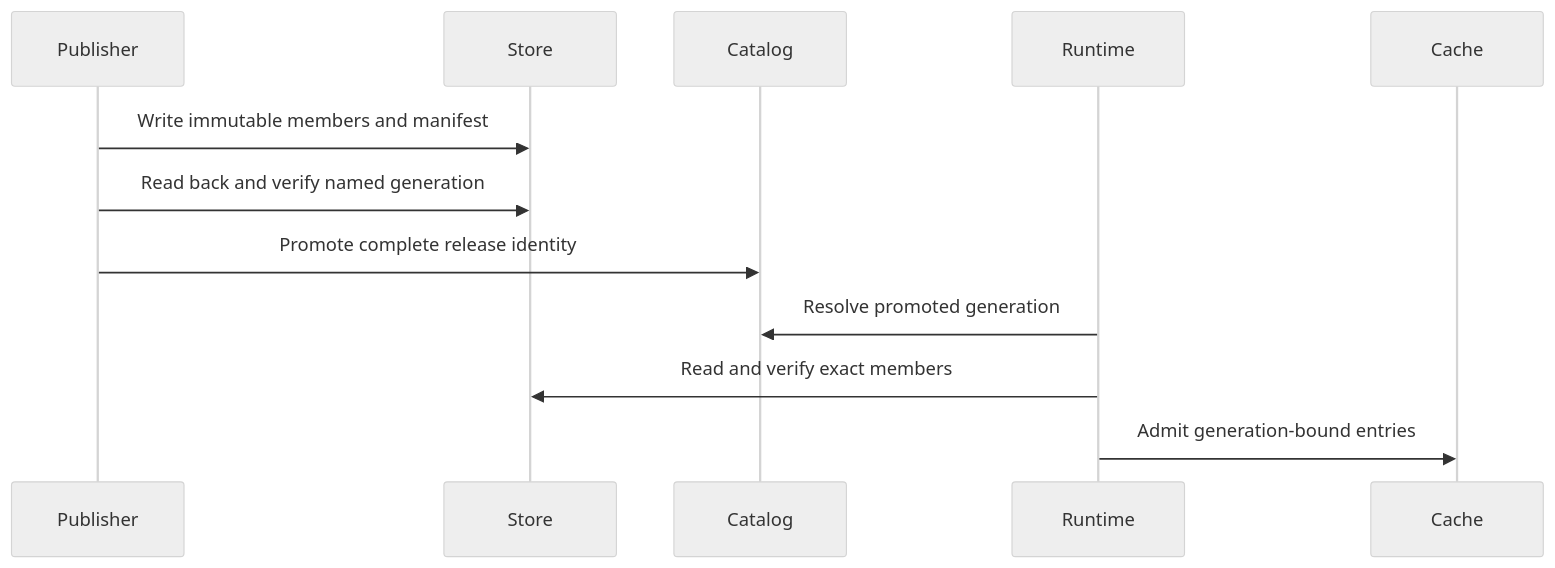
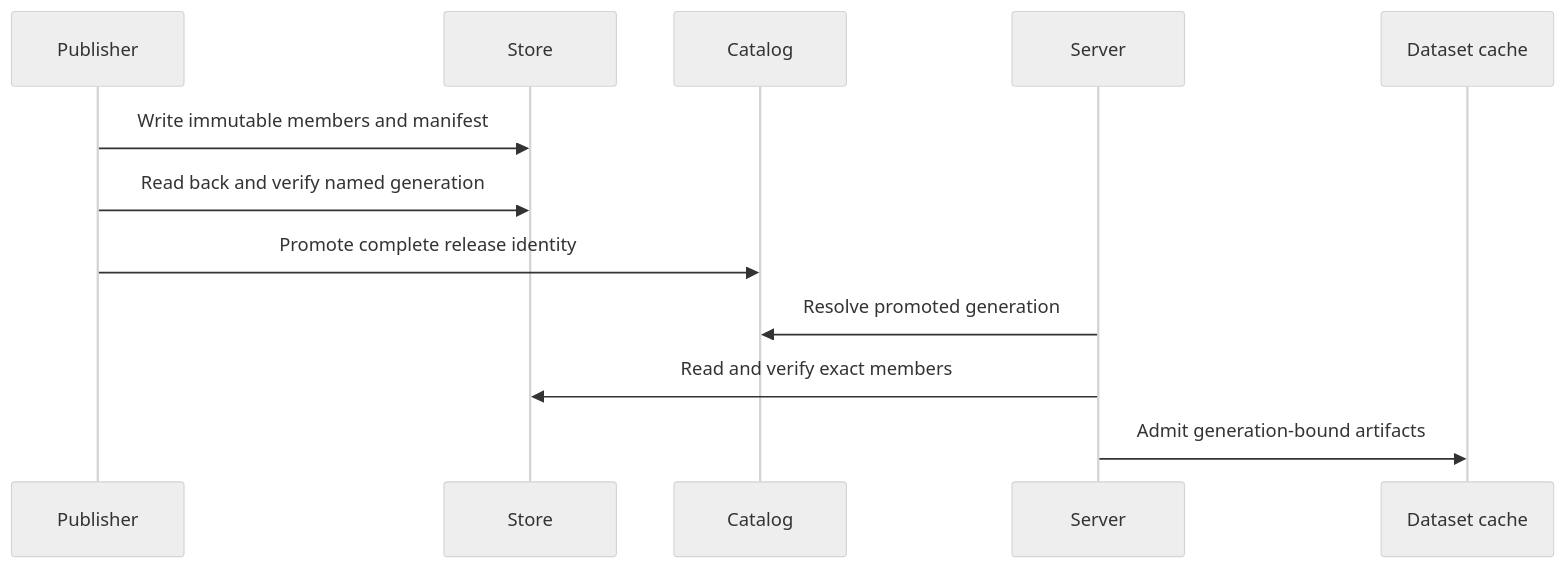
Before and after one commit to bijux/bijux-atlas: the sixth of 7 diagrams in docs/bijux-atlas-ops/stack/cache-and-store-operations.md, drawn with Mermaid (neutral theme). The commit also changed other lines of this file and 2 other files, not shown here.

Commit message:
docs(stack): separate deployment and cache authority

````diff
--- a/docs/bijux-atlas-ops/stack/cache-and-store-operations.md
+++ b/docs/bijux-atlas-ops/stack/cache-and-store-operations.md
@@ -224,14 +247,14 @@
 ```mermaid
 sequenceDiagram
     participant Publisher
     participant Store
     participant Catalog
-    participant Runtime
-    participant Cache
+    participant Server
+    participant ArtifactCache as Dataset cache
     Publisher->>Store: Write immutable members and manifest
     Publisher->>Store: Read back and verify named generation
     Publisher->>Catalog: Promote complete release identity
-    Runtime->>Catalog: Resolve promoted generation
-    Runtime->>Store: Read and verify exact members
-    Runtime->>Cache: Admit generation-bound entries
+    Server->>Catalog: Resolve promoted generation
+    Server->>Store: Read and verify exact members
+    Server->>ArtifactCache: Admit generation-bound artifacts
 ```
````
